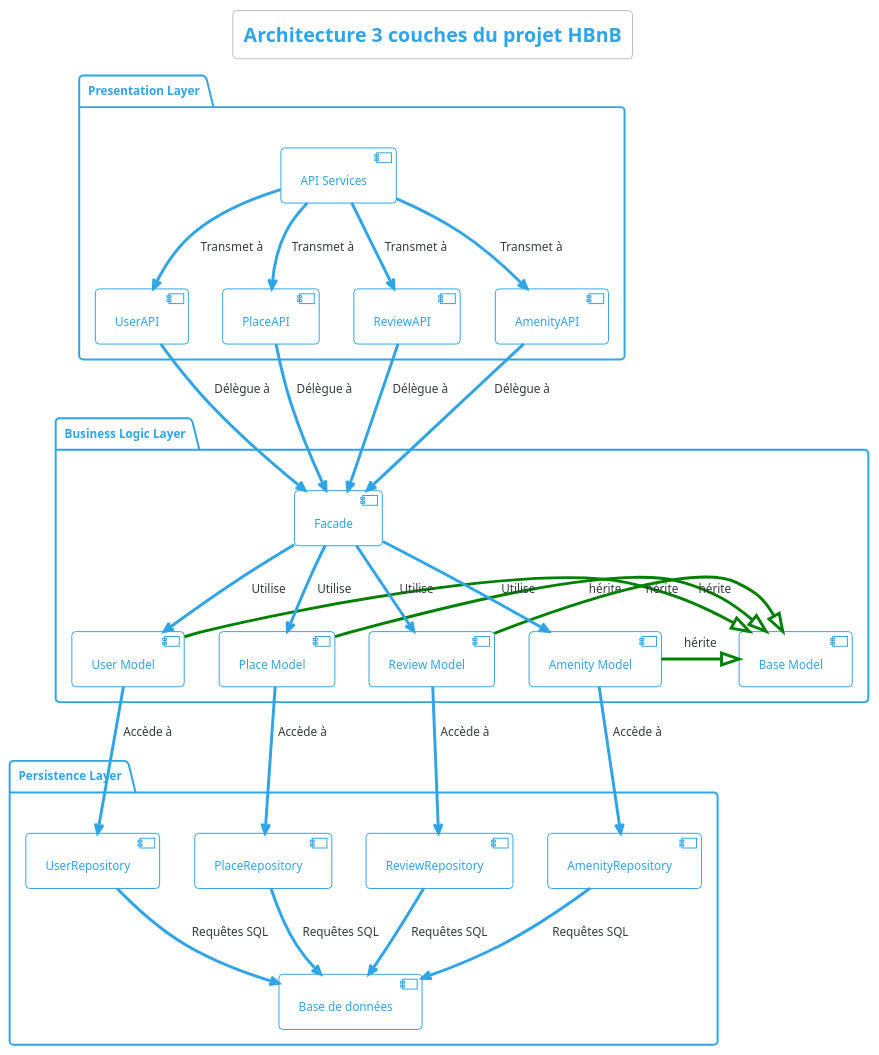
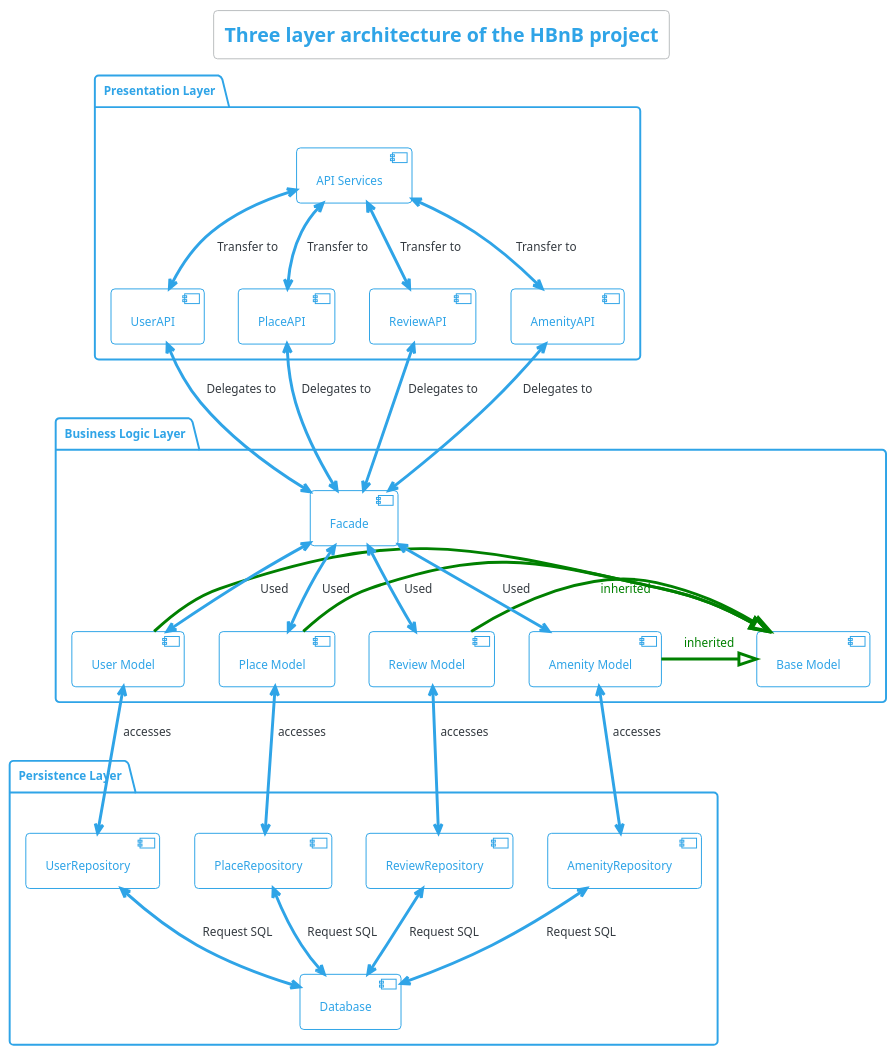
The diagram in part1/diagram_package.md (Timi-Holberton/holbertonschool-hbnb), drawn with PlantUML before and after one commit. The commit also changed 2 other files, not shown here.

Commit message:
correctif diagram package avec présentation en anglais et direction des flèches

```diff
--- a/part1/diagram_package.md
+++ b/part1/diagram_package.md
@@ -1,61 +1,61 @@
 @startuml
 !theme cerulean-outline
-title Architecture 3 couches du projet HBnB
+title Three layer architecture of the HBnB project
 
 package "Presentation Layer" {
     [API Services] as apiGateway
     [UserAPI]
     [PlaceAPI]
     [ReviewAPI]
     [AmenityAPI]
 }
 
 package "Business Logic Layer" {
     [Facade] as facade
     [Base Model] as baseModel
     [User Model] as userModel
     [Place Model] as placeModel
     [Review Model] as reviewModel
     [Amenity Model] as amenityModel
 }
 
 package "Persistence Layer" {
     [UserRepository] as userRepo
     [PlaceRepository] as placeRepo
     [ReviewRepository] as reviewRepo
     [AmenityRepository] as amenityRepo
-    [Base de données] as database
+    [Database] as database
 }
 
 ' Connexions entre les composants
-apiGateway --> UserAPI : Transmet à
-apiGateway --> PlaceAPI : Transmet à
-apiGateway --> ReviewAPI : Transmet à
-apiGateway --> AmenityAPI : Transmet à
+apiGateway <--> UserAPI : Transfer to
+apiGateway <--> PlaceAPI : Transfer to
+apiGateway <--> ReviewAPI : Transfer to
+apiGateway <--> AmenityAPI : Transfer to
 
-UserAPI --> facade : Délègue à
-PlaceAPI --> facade : Délègue à
-ReviewAPI --> facade : Délègue à
-AmenityAPI --> facade : Délègue à
+UserAPI <--> facade : Delegates to
+PlaceAPI <--> facade : Delegates to
+ReviewAPI <--> facade : Delegates to
+AmenityAPI <--> facade : Delegates to
 
-userModel -[#green]|> baseModel : hérite
-placeModel -[#green]|> baseModel : hérite
-reviewModel -[#green]|> baseModel : hérite
-amenityModel -[#green]|> baseModel : hérite
+userModel -[#green]|> baseModel
+placeModel -[#green]|> baseModel
+reviewModel -[#green]|> baseModel : <color:green>inherited 
+amenityModel -[#green]|> baseModel : <color:green>inherited
 
 
-facade --> userModel : Utilise
-facade --> placeModel : Utilise
-facade --> reviewModel : Utilise
-facade --> amenityModel : Utilise
+facade <--> userModel : Used
+facade <--> placeModel : Used
+facade <--> reviewModel : Used
+facade <--> amenityModel : Used
 
-userModel --> userRepo : Accède à
-placeModel --> placeRepo : Accède à
-reviewModel --> reviewRepo : Accède à
-amenityModel --> amenityRepo : Accède à
+userModel <--> userRepo : accesses
+placeModel <--> placeRepo : accesses
+reviewModel <--> reviewRepo : accesses
+amenityModel <--> amenityRepo : accesses
  
-userRepo --> database : Requêtes SQL
-placeRepo --> database : Requêtes SQL
-reviewRepo --> database : Requêtes SQL
-amenityRepo --> database : Requêtes SQL
+userRepo <--> database : Request SQL
+placeRepo <--> database : Request SQL
+reviewRepo <--> database : Request SQL
+amenityRepo <--> database : Request SQL
 @enduml
```
